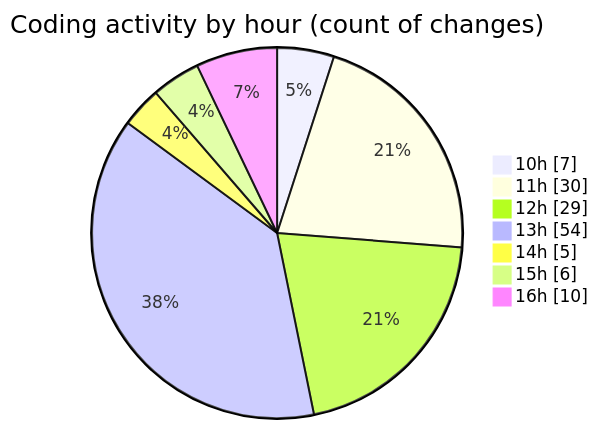
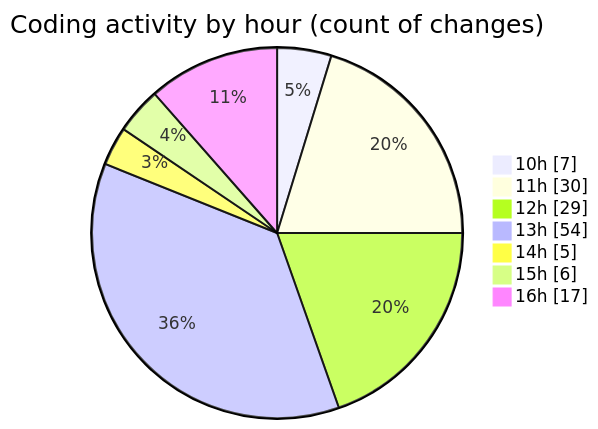
One commit to momahboobian/code-tracking changed the second of 2 diagrams in 2025-06-26/cda/README.md. Above: the diagram before and after it, drawn with Mermaid. The commit also changed other lines of this file and 1 other file, not shown here.

````diff
--- a/2025-06-26/cda/README.md
+++ b/2025-06-26/cda/README.md
@@ -41,11 +41,11 @@
 ```mermaid
 pie showData
 title Coding activity by hour (count of changes)
 "10h" : 7
 "11h" : 30
 "12h" : 29
 "13h" : 54
 "14h" : 5
 "15h" : 6
-"16h" : 10
+"16h" : 17
 ```
````
